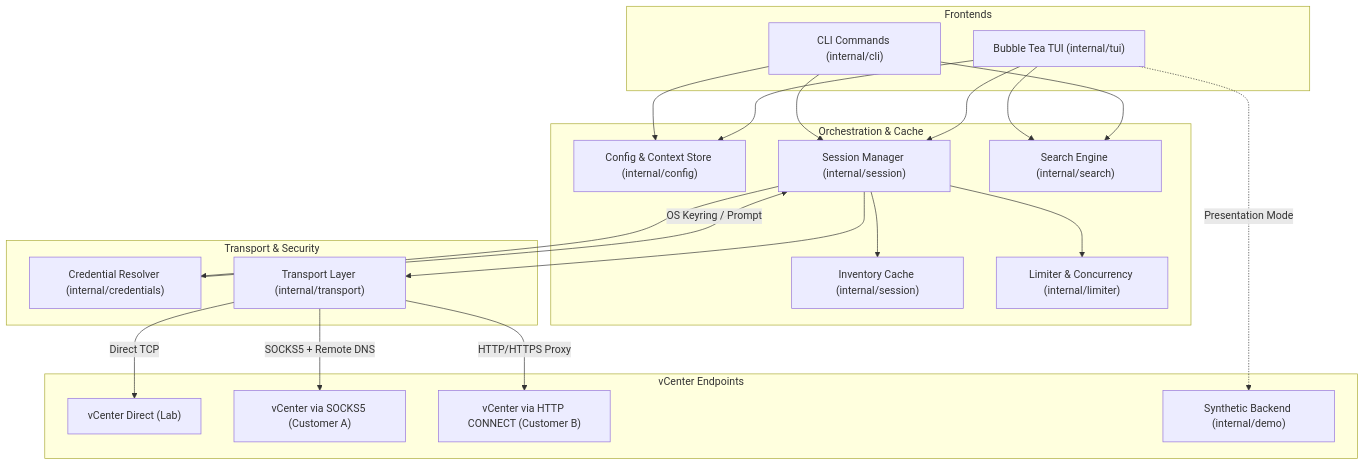
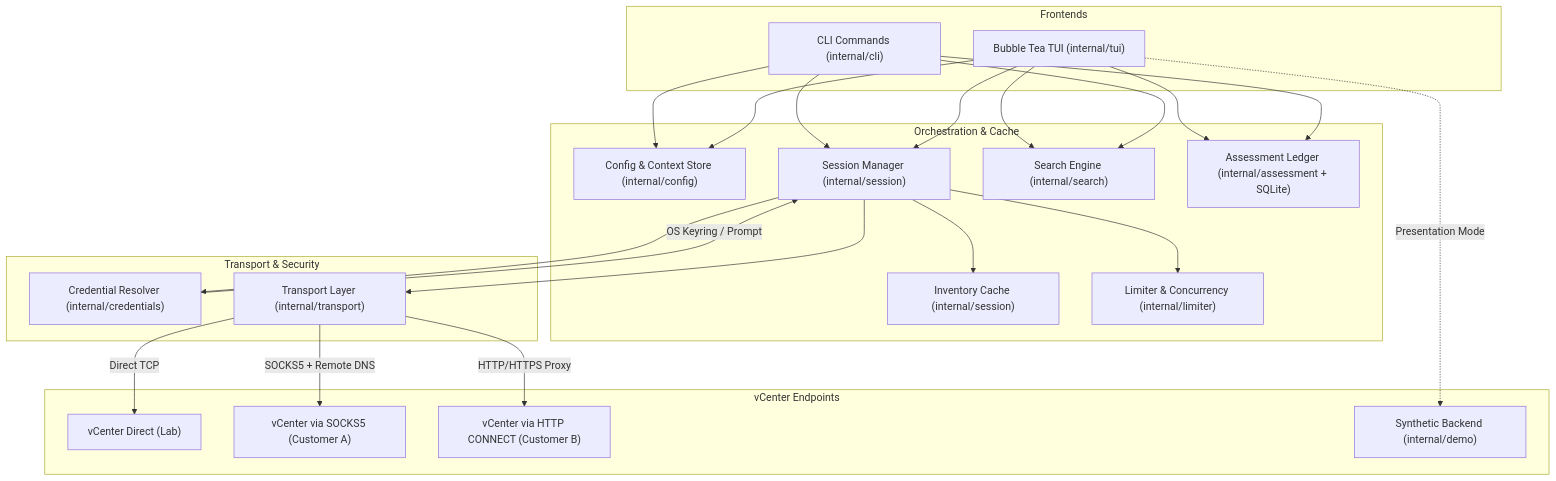
The diagram in docs/ARCHITECTURE.md (Easonliuuuuu/vsfleet), drawn with Mermaid before and after one commit. The commit also changed other lines of this file and 22 other files, not shown here.

First line of the commit message:
feat(assessment): add persistent VM drift history and TUI changes

````diff
--- a/docs/ARCHITECTURE.md
+++ b/docs/ARCHITECTURE.md
@@ -18,45 +18,48 @@
 ```mermaid
 flowchart TD
     subgraph UI ["Frontends"]
         CLI["CLI Commands (internal/cli)"]
         TUI["Bubble Tea TUI (internal/tui)"]
     end
 
     subgraph Core ["Orchestration & Cache"]
         CFG["Config & Context Store (internal/config)"]
         SM["Session Manager (internal/session)"]
         CACHE["Inventory Cache (internal/session)"]
         LIM["Limiter & Concurrency (internal/limiter)"]
         SEARCH["Search Engine (internal/search)"]
+        ASSESS["Assessment Ledger (internal/assessment + SQLite)"]
     end
 
     subgraph Adapters ["Transport & Security"]
         CRED["Credential Resolver (internal/credentials)"]
         TRANS["Transport Layer (internal/transport)"]
     end
 
     subgraph Targets ["vCenter Endpoints"]
         VC1["vCenter Direct (Lab)"]
         VC2["vCenter via SOCKS5 (Customer A)"]
         VC3["vCenter via HTTP CONNECT (Customer B)"]
         DEMO["Synthetic Backend (internal/demo)"]
     end
 
     CLI --> SM
     TUI --> SM
     CLI --> CFG
     TUI --> CFG
     TUI --> SEARCH
     CLI --> SEARCH
+    TUI --> ASSESS
+    CLI --> ASSESS
 
     SM --> CACHE
     SM --> LIM
     SM --> CRED
     SM --> TRANS
 
     CRED -->|OS Keyring / Prompt| SM
     TRANS -->|Direct TCP| VC1
     TRANS -->|SOCKS5 + Remote DNS| VC2
     TRANS -->|HTTP/HTTPS Proxy| VC3
     TUI -.->|Presentation Mode| DEMO
 ```
````
